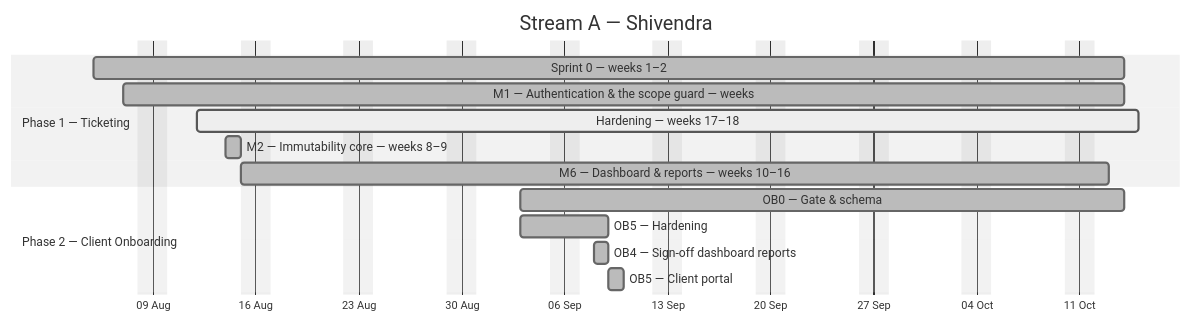
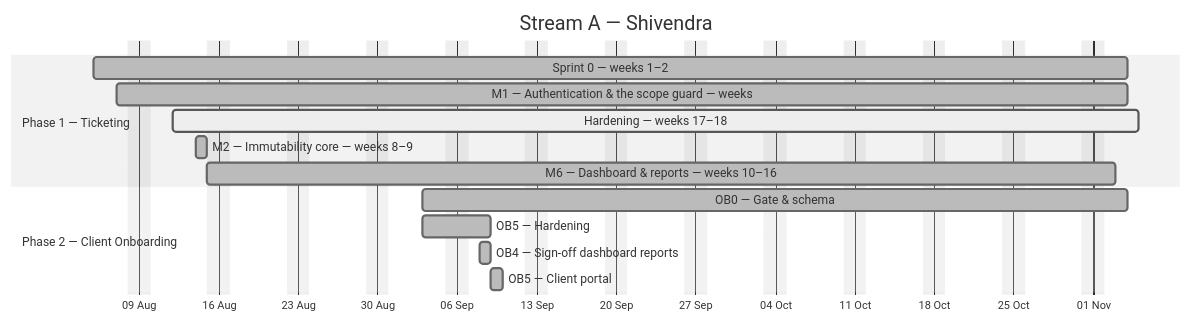
The first of 4 diagrams in docs/plan/GANTT.md (debashisedunext/EduTrack), drawn with Mermaid (neutral theme) before and after one commit. The commit also changed other lines of this file and 2 other files, not shown here.

````diff
--- a/docs/plan/GANTT.md
+++ b/docs/plan/GANTT.md
@@ -114,18 +114,18 @@
 ```mermaid
 gantt
     dateFormat YYYY-MM-DD
     axisFormat %d %b
     title Stream A — Shivendra
     excludes weekends
     section Phase 1 — Ticketing
-    Sprint 0 — weeks 1–2 :done, a0, 2026-08-05, 50d
-    M1 — Authentication & the scope guard — weeks :done, a1, 2026-08-07, 48d
-    Hardening — weeks 17–18 :active, a2, 2026-08-12, 46d
+    Sprint 0 — weeks 1–2 :done, a0, 2026-08-05, 65d
+    M1 — Authentication & the scope guard — weeks :done, a1, 2026-08-07, 63d
+    Hardening — weeks 17–18 :active, a2, 2026-08-12, 61d
     M2 — Immutability core — weeks 8–9 :done, a3, 2026-08-14, 1d
-    M6 — Dashboard & reports — weeks 10–16 :done, a4, 2026-08-15, 42d
+    M6 — Dashboard & reports — weeks 10–16 :done, a4, 2026-08-15, 57d
     section Phase 2 — Client Onboarding
-    OB0 — Gate & schema :done, a5, 2026-09-03, 29d
+    OB0 — Gate & schema :done, a5, 2026-09-03, 44d
     OB5 — Hardening :done, a6, 2026-09-03, 4d
     OB4 — Sign-off  dashboard  reports :done, a7, 2026-09-08, 1d
     OB5 — Client portal :done, a8, 2026-09-09, 1d
 ```
````
